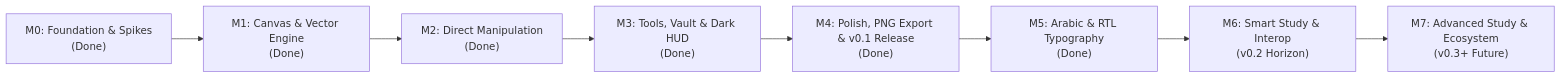
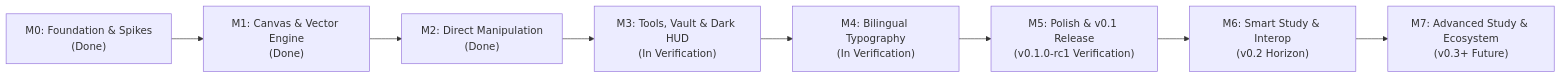
Before and after one commit to ofuqq/lawh: the diagram in docs/roadmap.md, drawn with Mermaid. The commit also changed other lines of this file and 2 other files, not shown here.

````diff
--- a/docs/roadmap.md
+++ b/docs/roadmap.md
@@ -7,10 +7,10 @@
 ```mermaid
 flowchart LR
     M0["M0: Foundation & Spikes<br/>(Done)"] --> M1["M1: Canvas & Vector Engine<br/>(Done)"]
     M1 --> M2["M2: Direct Manipulation<br/>(Done)"]
-    M2 --> M3["M3: Tools, Vault & Dark HUD<br/>(Done)"]
-    M3 --> M4["M4: Polish, PNG Export & v0.1 Release<br/>(Done)"]
-    M4 --> M5["M5: Arabic & RTL Typography<br/>(Done)"]
+    M2 --> M3["M3: Tools, Vault & Dark HUD<br/>(In Verification)"]
+    M3 --> M4["M4: Bilingual Typography<br/>(In Verification)"]
+    M4 --> M5["M5: Polish & v0.1 Release<br/>(v0.1.0-rc1 Verification)"]
     M5 --> M6["M6: Smart Study & Interop<br/>(v0.2 Horizon)"]
     M6 --> M7["M7: Advanced Study & Ecosystem<br/>(v0.3+ Future)"]
 ```
````
